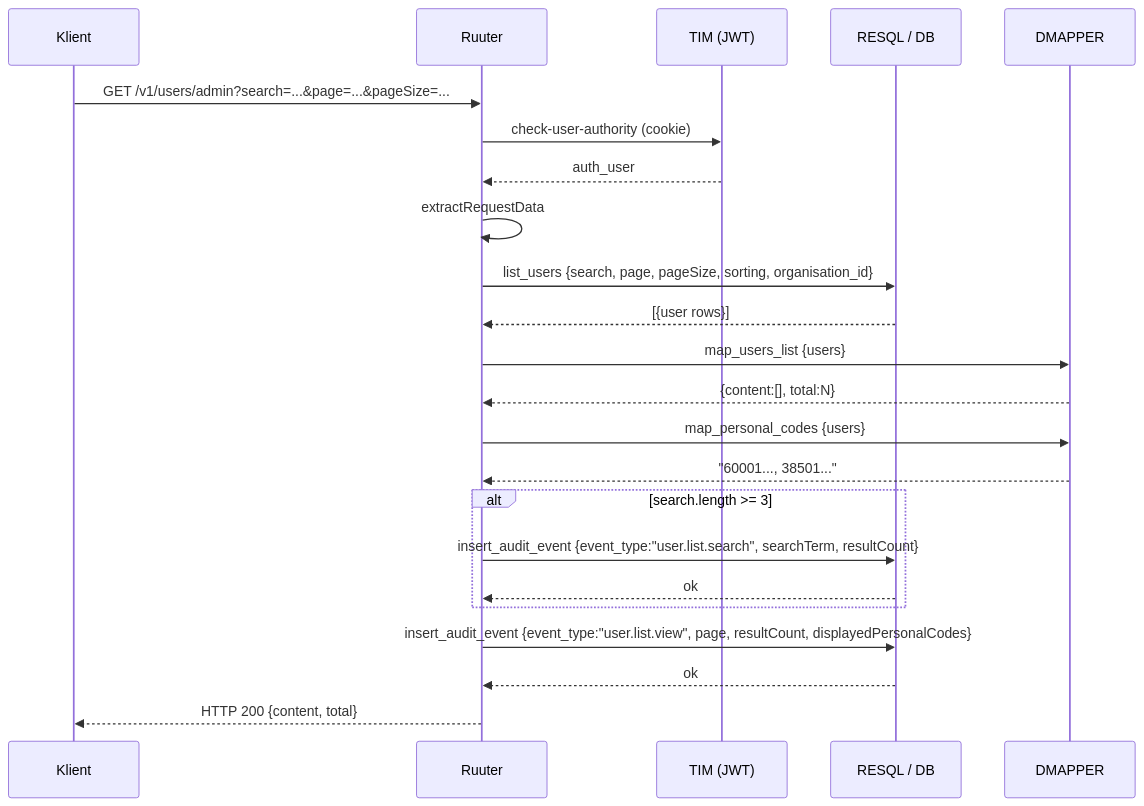
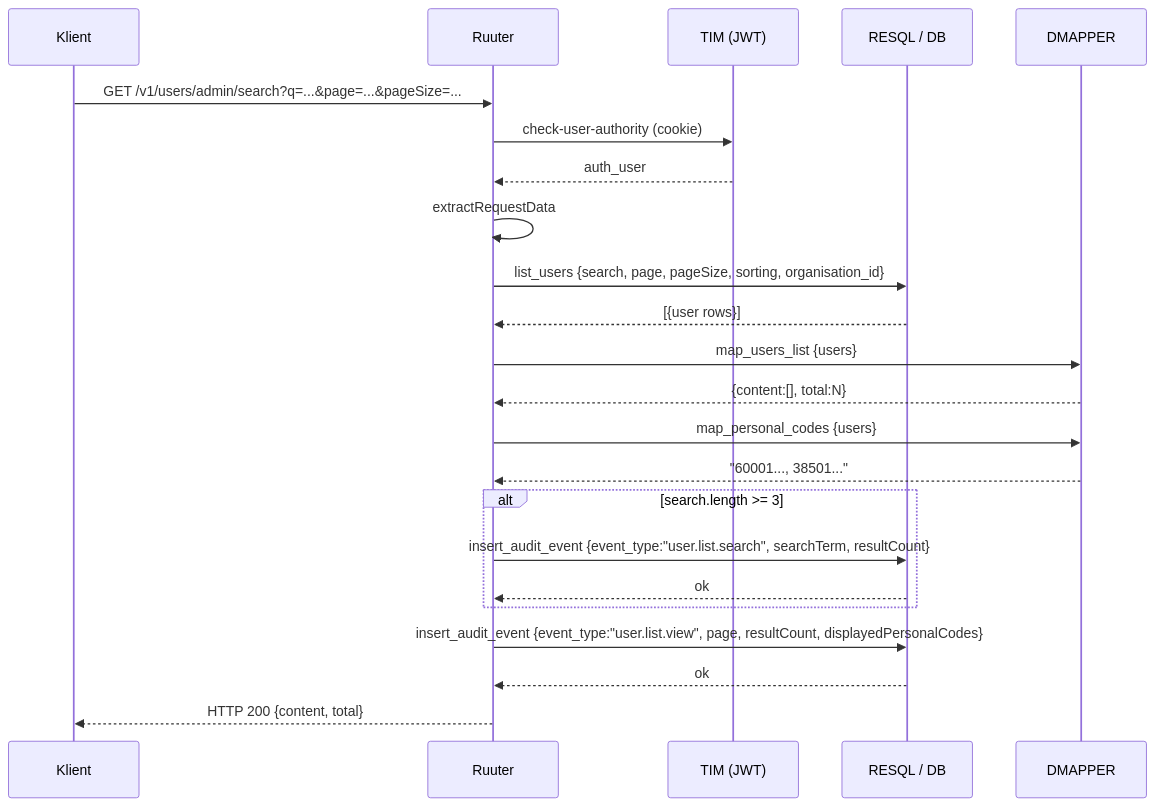
The second of 4 diagrams in docs/audit-logging.md (kemit-ee/ljvis-2), drawn with Mermaid before and after one commit. The commit also changed other lines of this file and 2 other files, not shown here.

Commit message:
docs: update openapi, api-endpoints and audit-logging for new URI patterns
- GET /v1/users/{scope} now fetches single user by ?q=
- GET /v1/users/{scope}/search handles list/search via ?q=
- GET /v1/user-groups/{scope} now fetches single group by ?q=
- GET /v1/user-groups/{scope}/search handles list/search via ?q=
- Removed /user and /user-group sub-path entries (merged into parent)
- Renamed ?id=, ?search=, ?userId= to ?q= throughout
- audit-logging.md sequence diagrams updated to new URLs

````diff
--- a/docs/audit-logging.md
+++ b/docs/audit-logging.md
@@ -194,26 +194,26 @@
 ```mermaid
 sequenceDiagram
     participant K as Klient
     participant R as Ruuter
     participant T as TIM (JWT)
     participant DB as RESQL / DB
     participant DM as DMAPPER
 
-    K->>R: GET /v1/users/admin?search=...&page=...&pageSize=...
+    K->>R: GET /v1/users/admin/search?q=...&page=...&pageSize=...
     R->>T: check-user-authority (cookie)
     T-->>R: auth_user
     R->>R: extractRequestData
     R->>DB: list_users {search, page, pageSize, sorting, organisation_id}
     DB-->>R: [{user rows}]
     R->>DM: map_users_list {users}
     DM-->>R: {content:[], total:N}
     R->>DM: map_personal_codes {users}
     DM-->>R: "60001..., 38501..."
     alt search.length >= 3
         R->>DB: insert_audit_event {event_type:"user.list.search", searchTerm, resultCount}
         DB-->>R: ok
     end
     R->>DB: insert_audit_event {event_type:"user.list.view", page, resultCount, displayedPersonalCodes}
     DB-->>R: ok
     R-->>K: HTTP 200 {content, total}
 ```
````
